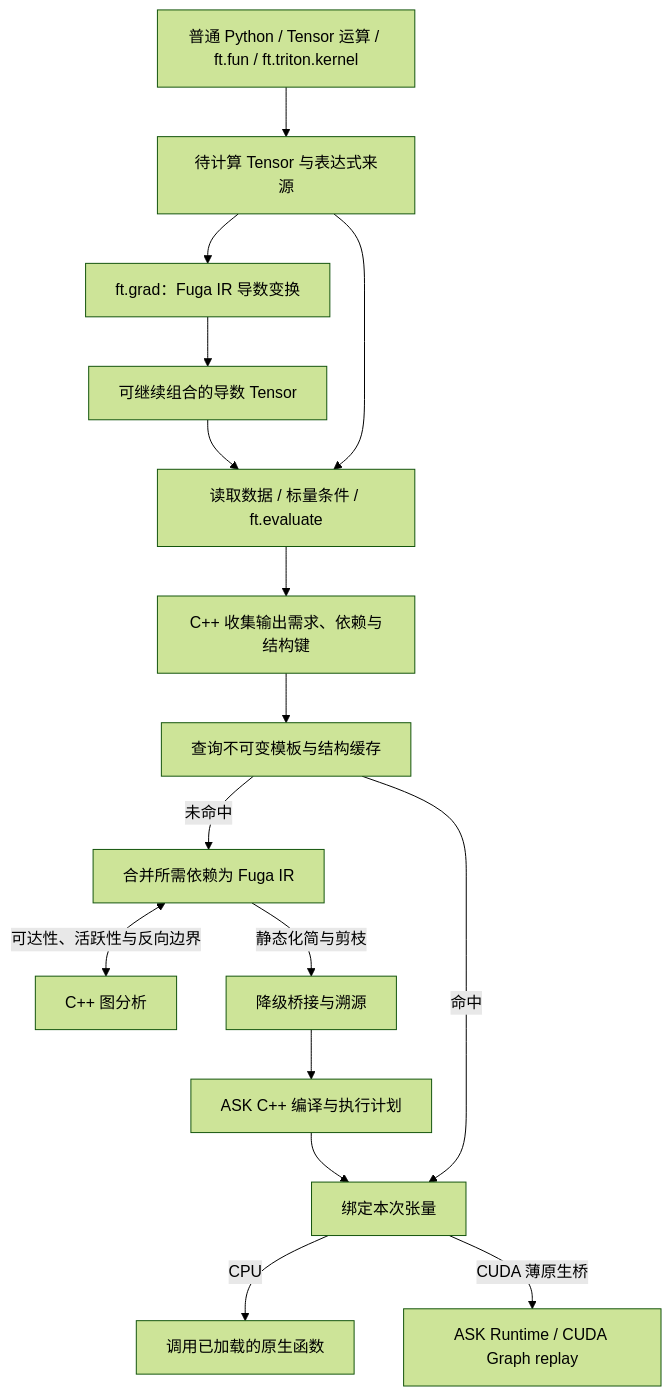
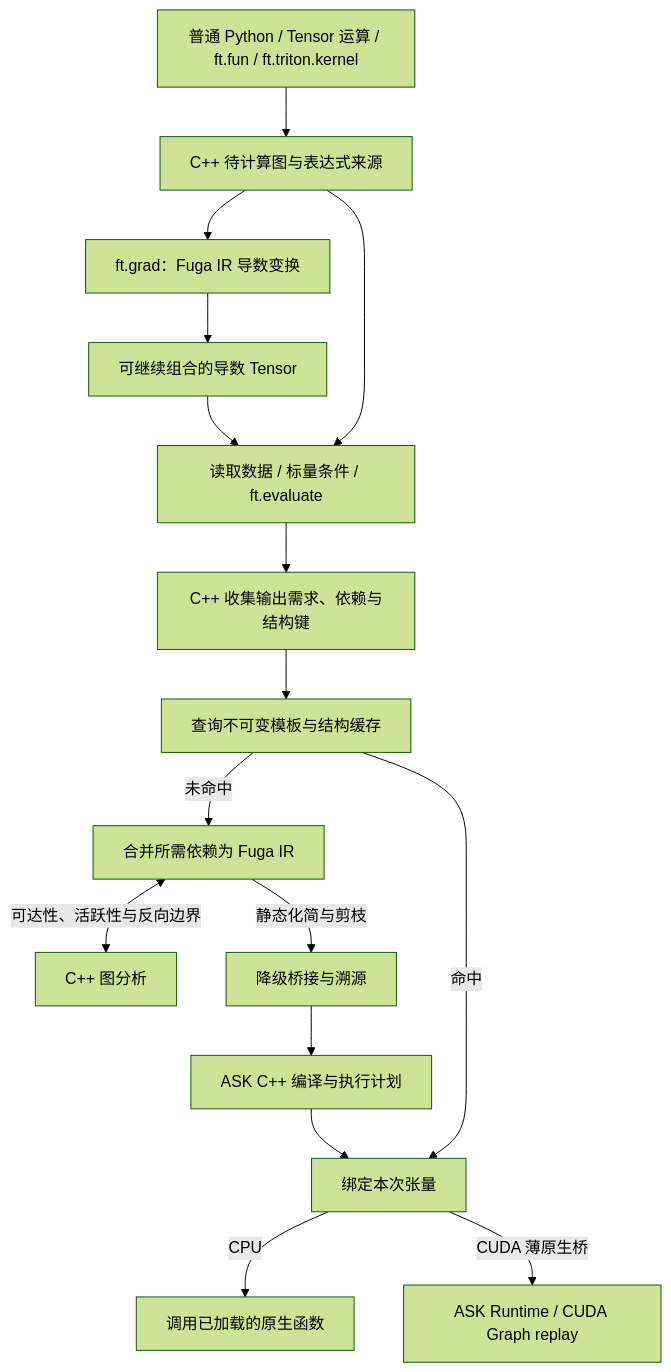
The diagram in docs/architecture/README.md (fugatensor/fugatensor), drawn with Mermaid (forest theme) before and after one commit. The commit also changed other lines of this file and 23 other files, not shown here.

First line of the commit message:
将追踪和待计算图迁入原生 POD 节点池

````diff
--- a/docs/architecture/README.md
+++ b/docs/architecture/README.md
@@ -7,18 +7,18 @@
 ```mermaid
 flowchart TD
-    User["普通 Python / Tensor 运算 / ft.fun / ft.triton.kernel"] --> Pending["待计算 Tensor 与表达式来源"]
+    User["普通 Python / Tensor 运算 / ft.fun / ft.triton.kernel"] --> Pending["C++ 待计算图与表达式来源"]
     Pending --> AD["ft.grad：Fuga IR 导数变换"]
     AD --> Derived["可继续组合的导数 Tensor"]
     Derived --> Boundary
     Pending --> Boundary["读取数据 / 标量条件 / ft.evaluate"]
     Boundary --> Collect["C++ 收集输出需求、依赖与结构键"]
     Collect --> Cache["查询不可变模板与结构缓存"]
     Cache -->|"未命中"| FugaIR["合并所需依赖为 Fuga IR"]
     FugaIR <-->|"可达性、活跃性与反向边界"| NativeCPP["C++ 图分析"]
     FugaIR -->|"静态化简与剪枝"| Lower["降级桥接与溯源"]
     Lower --> ASK["ASK C++ 编译与执行计划"]
     Cache -->|"命中"| Execute["绑定本次张量"]
     ASK --> Execute
     Execute -->|"CPU"| Host["调用已加载的原生函数"]
     Execute -->|"CUDA 薄原生桥"| Runtime["ASK Runtime / CUDA Graph replay"]
 ```
````
